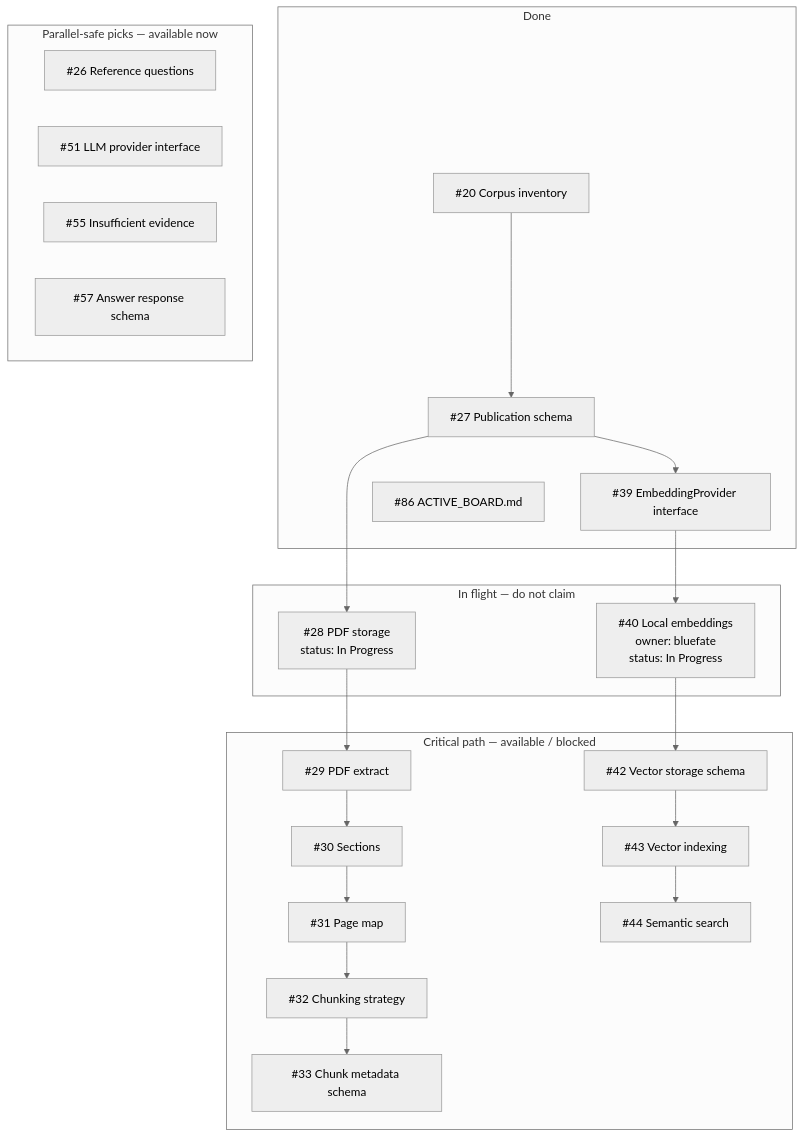
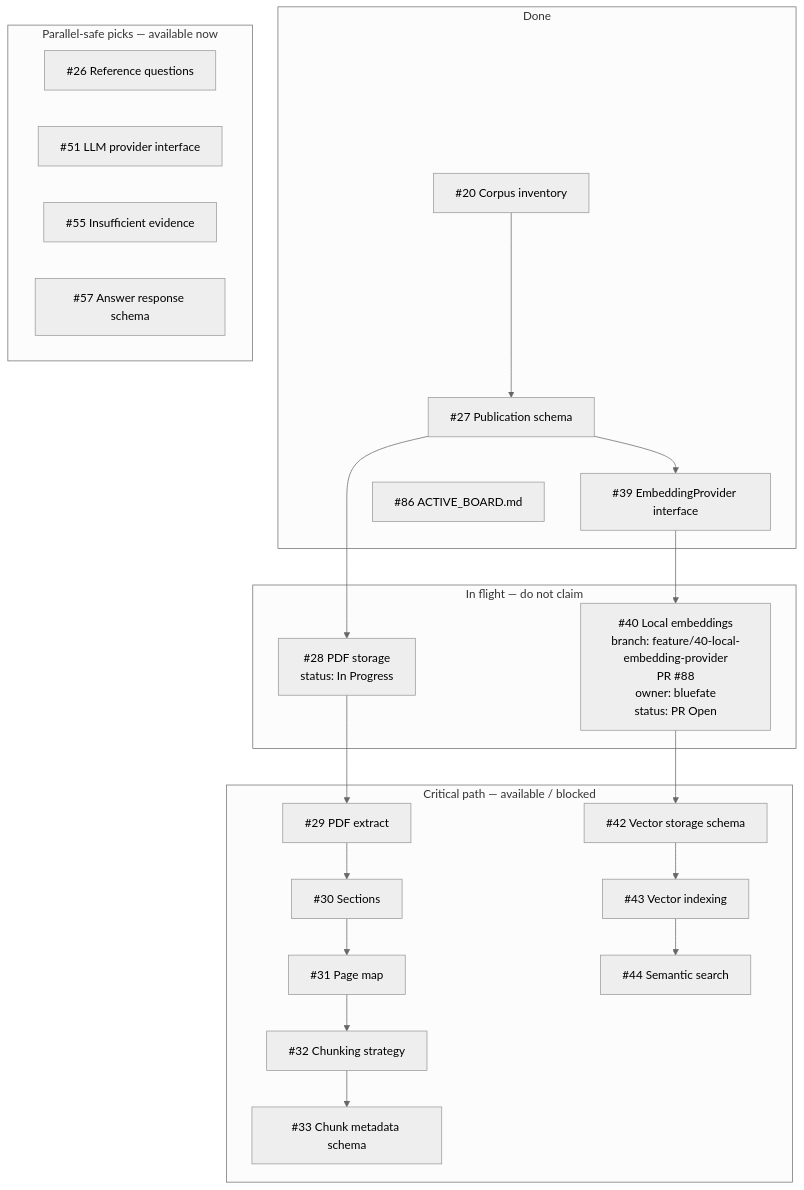
One commit to bluefate/spacebio-evidence-engine changed the diagram in docs/development/ACTIVE_BOARD.md. Above: the diagram before and after it, drawn with Mermaid (neutral theme). The commit also changed other lines of this file, not shown here.

Commit message:
Refresh ACTIVE_BOARD after opening #40 PR.

````diff
--- a/docs/development/ACTIVE_BOARD.md
+++ b/docs/development/ACTIVE_BOARD.md
@@ -61,41 +61,41 @@
 ```mermaid
 flowchart TB
   subgraph done [Done]
     i20["#20 Corpus inventory"]
     i27["#27 Publication schema"]
     i39["#39 EmbeddingProvider interface"]
     i86["#86 ACTIVE_BOARD.md"]
   end
   subgraph inflight [In flight — do not claim]
     i28["#28 PDF storage<br/>status: In Progress"]
-    i40["#40 Local embeddings<br/>owner: bluefate<br/>status: In Progress"]
+    i40["#40 Local embeddings<br/>branch: feature/40-local-embedding-provider<br/>PR #88<br/>owner: bluefate<br/>status: PR Open"]
   end
   subgraph nextCritical [Critical path — available / blocked]
     i29["#29 PDF extract"]
     i30["#30 Sections"]
     i31["#31 Page map"]
     i32["#32 Chunking strategy"]
     i33["#33 Chunk metadata schema"]
     i42["#42 Vector storage schema"]
     i43["#43 Vector indexing"]
     i44["#44 Semantic search"]
   end
   subgraph nextParallel [Parallel-safe picks — available now]
     i26["#26 Reference questions"]
     i51["#51 LLM provider interface"]
     i55["#55 Insufficient evidence"]
     i57["#57 Answer response schema"]
   end
   i20 --> i27
   i27 --> i28
   i28 --> i29
   i29 --> i30
   i30 --> i31
   i31 --> i32
   i32 --> i33
   i27 --> i39
   i39 --> i40
   i40 --> i42
   i42 --> i43
   i43 --> i44
 ```
````
